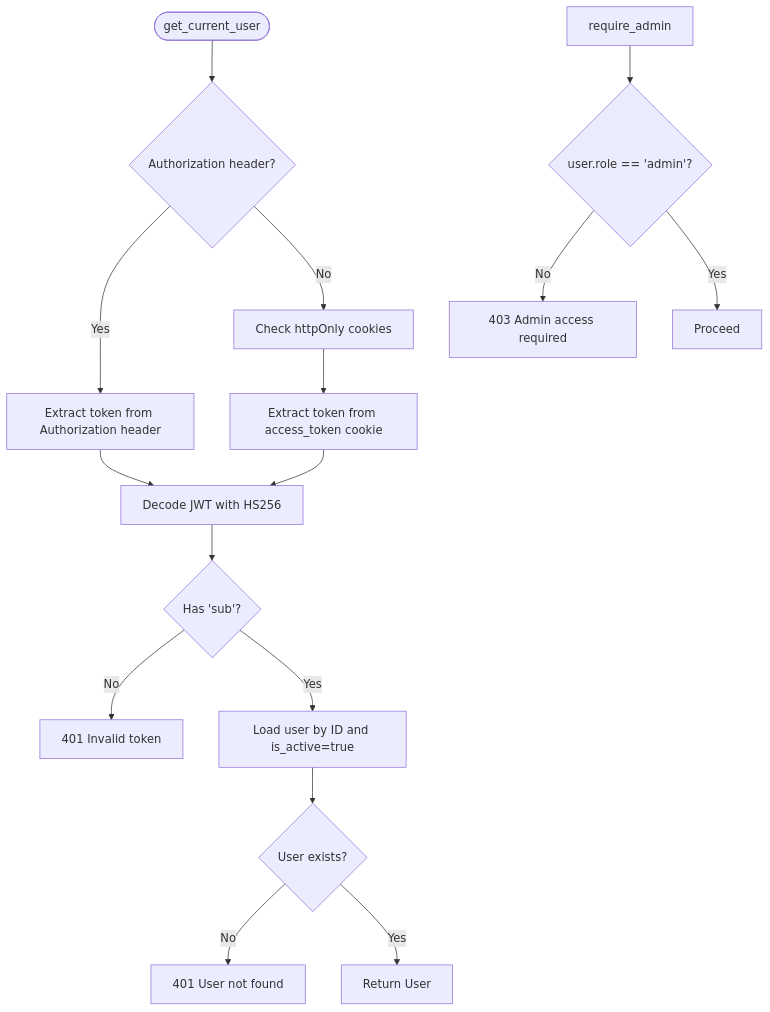
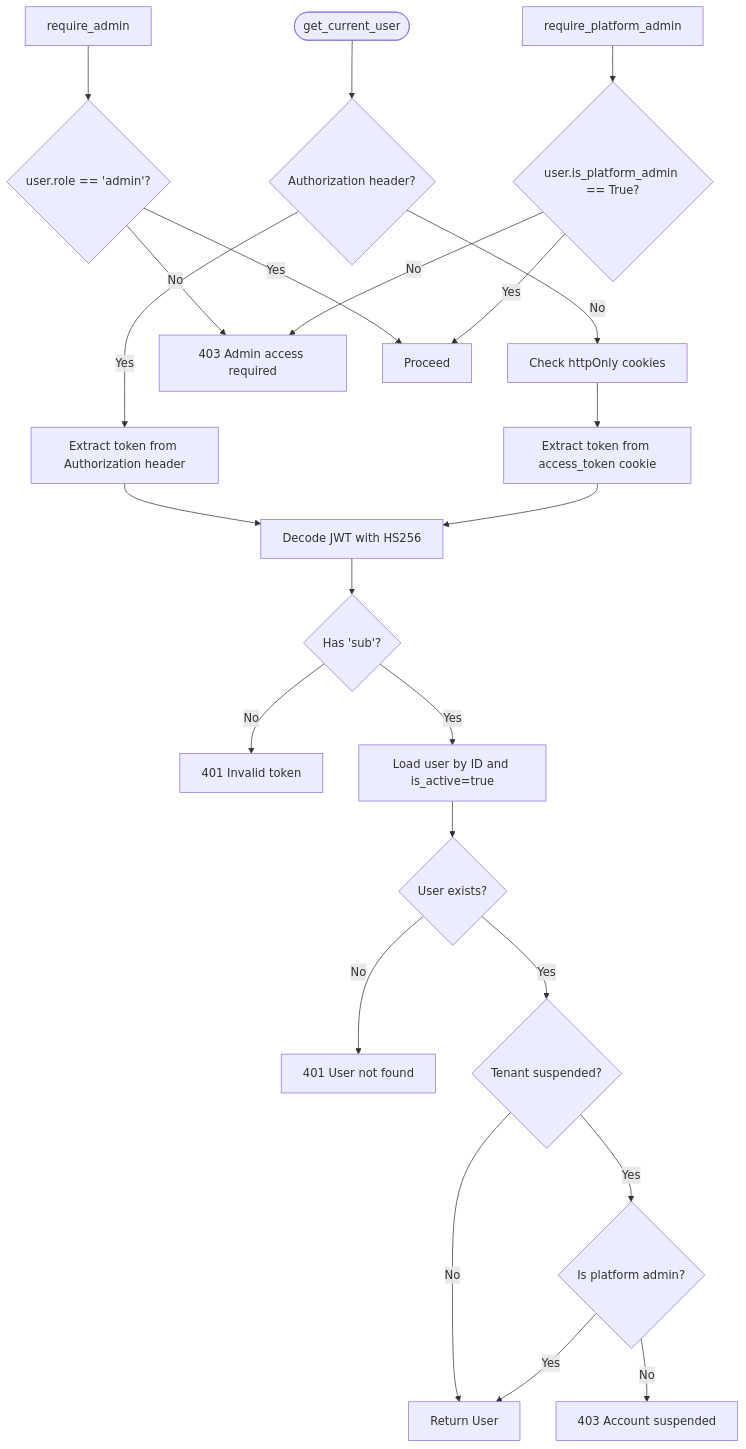
Before and after one commit to Revanththetalogics/aireume: the third of 12 diagrams in .qoder/repowiki/en/content/Authentication & Authorization/Authentication & Authorization.md, drawn with Mermaid. The commit also changed other lines of this file and 10 other files, not shown here.

````diff
--- a/.qoder/repowiki/en/content/Authentication & Authorization/Authentication & Authorization.md
+++ b/.qoder/repowiki/en/content/Authentication & Authorization/Authentication & Authorization.md
@@ -180,18 +200,25 @@
 ```mermaid
 flowchart TD
 Start(["get_current_user"]) --> CheckAuthType{"Authorization header?"}
 CheckAuthType --> |Yes| ExtractHeader["Extract token from Authorization header"]
 CheckAuthType --> |No| CheckCookies["Check httpOnly cookies"]
 ExtractHeader --> Decode["Decode JWT with HS256"]
 CheckCookies --> CookieToken["Extract token from access_token cookie"]
 CookieToken --> Decode
 Decode --> Claims{"Has 'sub'?"}
 Claims --> |No| InvalidToken["401 Invalid token"]
 Claims --> |Yes| LoadUser["Load user by ID and is_active=true"]
 LoadUser --> Found{"User exists?"}
 Found --> |No| NotFound["401 User not found"]
-Found --> |Yes| ReturnUser["Return User"]
+Found --> |Yes| CheckSuspension{"Tenant suspended?"}
+CheckSuspension --> |No| ReturnUser["Return User"]
+CheckSuspension --> |Yes| CheckPlatformAdmin{"Is platform admin?"}
+CheckPlatformAdmin --> |Yes| ReturnUser
+CheckPlatformAdmin --> |No| Suspended["403 Account suspended"]
 AdminCheck["require_admin"] --> Role{"user.role == 'admin'?"}
 Role --> |No| Forbidden["403 Admin access required"]
 Role --> |Yes| Allow["Proceed"]
+PlatformAdminCheck["require_platform_admin"] --> Platform{"user.is_platform_admin == True?"}
+Platform --> |No| Forbidden
+Platform --> |Yes| Allow
 ```
````
